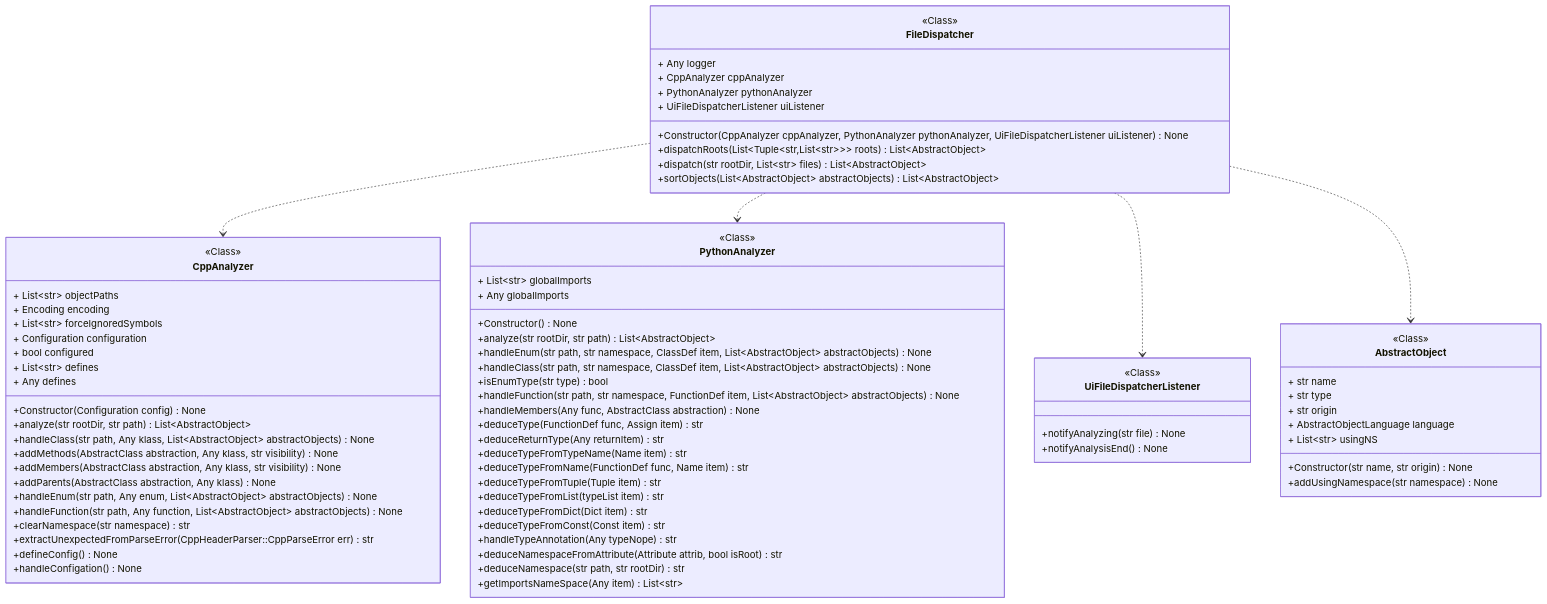
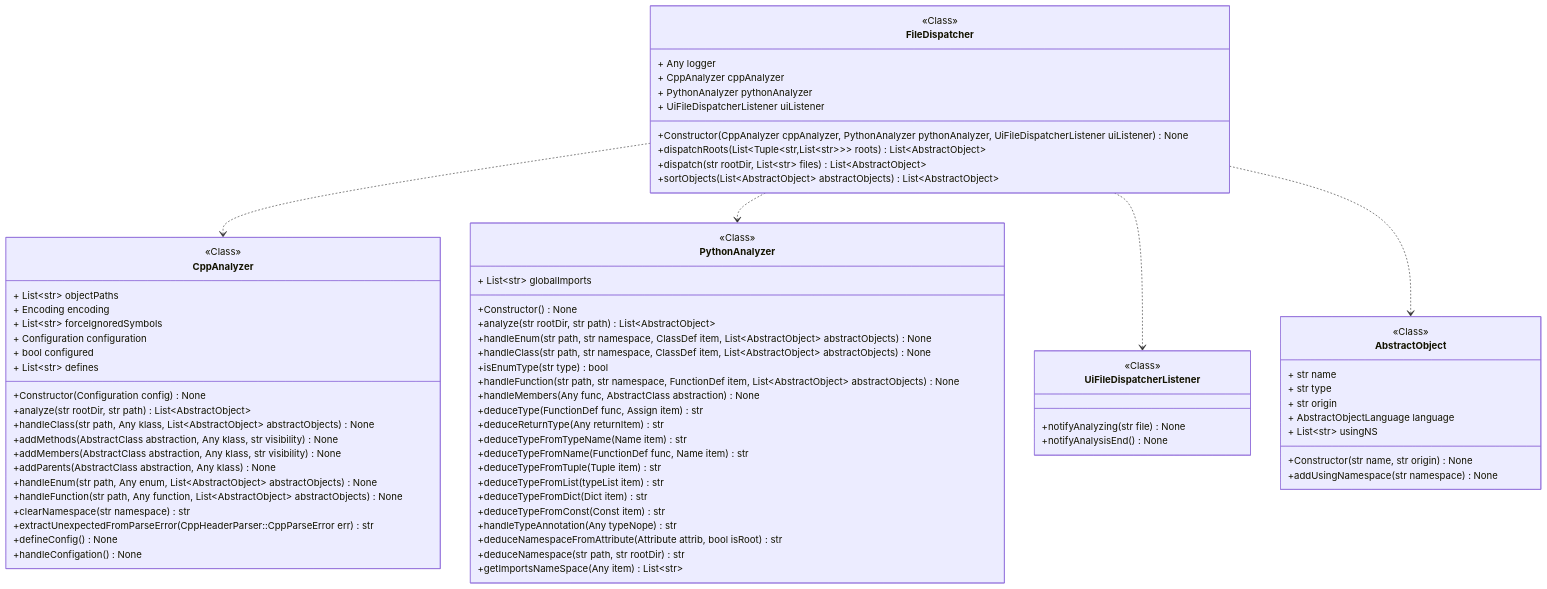
The diagram in docs/source/code/diagrams/pycodeanalyzer_core_languages_filedispatcher_FileDispatcher.mmd (miong/pycodeanalyzer), drawn with Mermaid before and after one commit. The commit also changed 17 other files, not shown here.

```diff
--- a/docs/source/code/diagrams/pycodeanalyzer_core_languages_filedispatcher_FileDispatcher.mmd
+++ b/docs/source/code/diagrams/pycodeanalyzer_core_languages_filedispatcher_FileDispatcher.mmd
@@ -1,81 +1,79 @@
 classDiagram
 class FileDispatcher {
 <<Class>>
 + Any logger
 + CppAnalyzer cppAnalyzer
 + PythonAnalyzer pythonAnalyzer
 + UiFileDispatcherListener uiListener
 +Constructor(CppAnalyzer cppAnalyzer, PythonAnalyzer pythonAnalyzer, UiFileDispatcherListener uiListener) None
 +dispatchRoots(List&lt;Tuple&lt;str,List&lt;str&gt;&gt;&gt; roots) List~AbstractObject~
 +dispatch(str rootDir, List~str~ files) List~AbstractObject~
 +sortObjects(List~AbstractObject~ abstractObjects) List~AbstractObject~
 }
 class CppAnalyzer {
 <<Class>>
 + List~str~ objectPaths
 + Encoding encoding
 + List~str~ forceIgnoredSymbols
 + Configuration configuration
 + bool configured
 + List~str~ defines
-+ Any defines
 +Constructor(Configuration config) None
 +analyze(str rootDir, str path) List~AbstractObject~
 +handleClass(str path, Any klass, List~AbstractObject~ abstractObjects) None
 +addMethods(AbstractClass abstraction, Any klass, str visibility) None
 +addMembers(AbstractClass abstraction, Any klass, str visibility) None
 +addParents(AbstractClass abstraction, Any klass) None
 +handleEnum(str path, Any enum, List~AbstractObject~ abstractObjects) None
 +handleFunction(str path, Any function, List~AbstractObject~ abstractObjects) None
 +clearNamespace(str namespace) str
 +extractUnexpectedFromParseError(CppHeaderParser::CppParseError err) str
 +defineConfig() None
 +handleConfigation() None
 }
 link CppAnalyzer "class££pycodeanalyzer::core::languages::analyzers::cppanalyzer::CppAnalyzer"
 class PythonAnalyzer {
 <<Class>>
 + List~str~ globalImports
-+ Any globalImports
 +Constructor() None
 +analyze(str rootDir, str path) List~AbstractObject~
 +handleEnum(str path, str namespace, ClassDef item, List~AbstractObject~ abstractObjects) None
 +handleClass(str path, str namespace, ClassDef item, List~AbstractObject~ abstractObjects) None
 +isEnumType(str type) bool
 +handleFunction(str path, str namespace, FunctionDef item, List~AbstractObject~ abstractObjects) None
 +handleMembers(Any func, AbstractClass abstraction) None
 +deduceType(FunctionDef func, Assign item) str
 +deduceReturnType(Any returnItem) str
 +deduceTypeFromTypeName(Name item) str
 +deduceTypeFromName(FunctionDef func, Name item) str
 +deduceTypeFromTuple(Tuple item) str
 +deduceTypeFromList(typeList item) str
 +deduceTypeFromDict(Dict item) str
 +deduceTypeFromConst(Const item) str
 +handleTypeAnnotation(Any typeNope) str
 +deduceNamespaceFromAttribute(Attribute attrib, bool isRoot) str
 +deduceNamespace(str path, str rootDir) str
 +getImportsNameSpace(Any item) List~str~
 }
 link PythonAnalyzer "class££pycodeanalyzer::core::languages::analyzers::pythonanalyzer::PythonAnalyzer"
 class UiFileDispatcherListener {
 <<Class>>
 +notifyAnalyzing(str file) None
 +notifyAnalysisEnd() None
 }
 link UiFileDispatcherListener "class££pycodeanalyzer::ui::app::UiFileDispatcherListener"
 class AbstractObject {
 <<Class>>
 + str name
 + str type
 + str origin
 + AbstractObjectLanguage language
 + List~str~ usingNS
 +Constructor(str name, str origin) None
 +addUsingNamespace(str namespace) None
 }
 link AbstractObject "class££pycodeanalyzer::core::abstraction::objects::AbstractObject"
 FileDispatcher ..> CppAnalyzer
 FileDispatcher ..> PythonAnalyzer
 FileDispatcher ..> UiFileDispatcherListener
 FileDispatcher ..> AbstractObject
```
